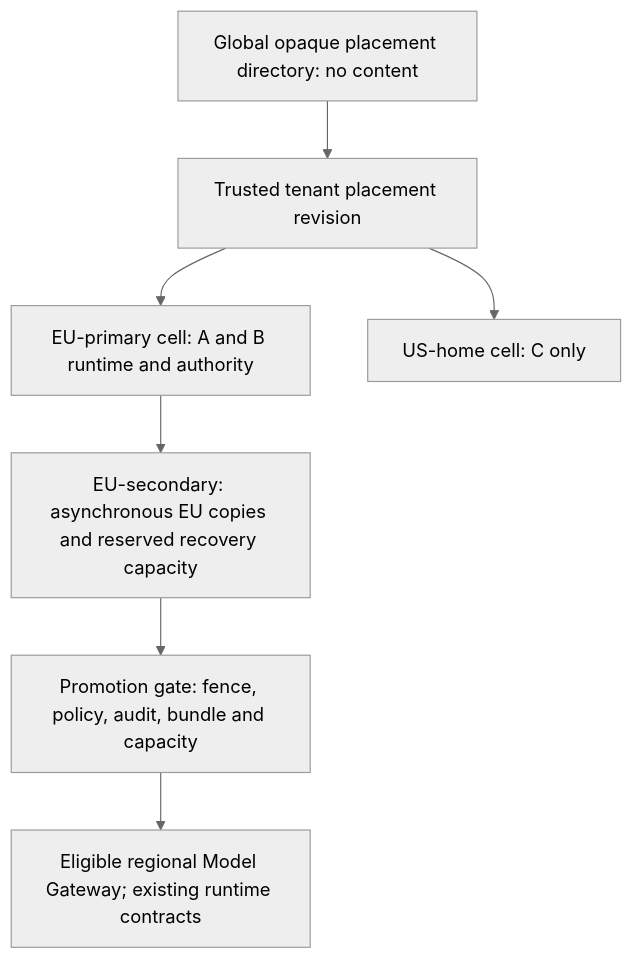
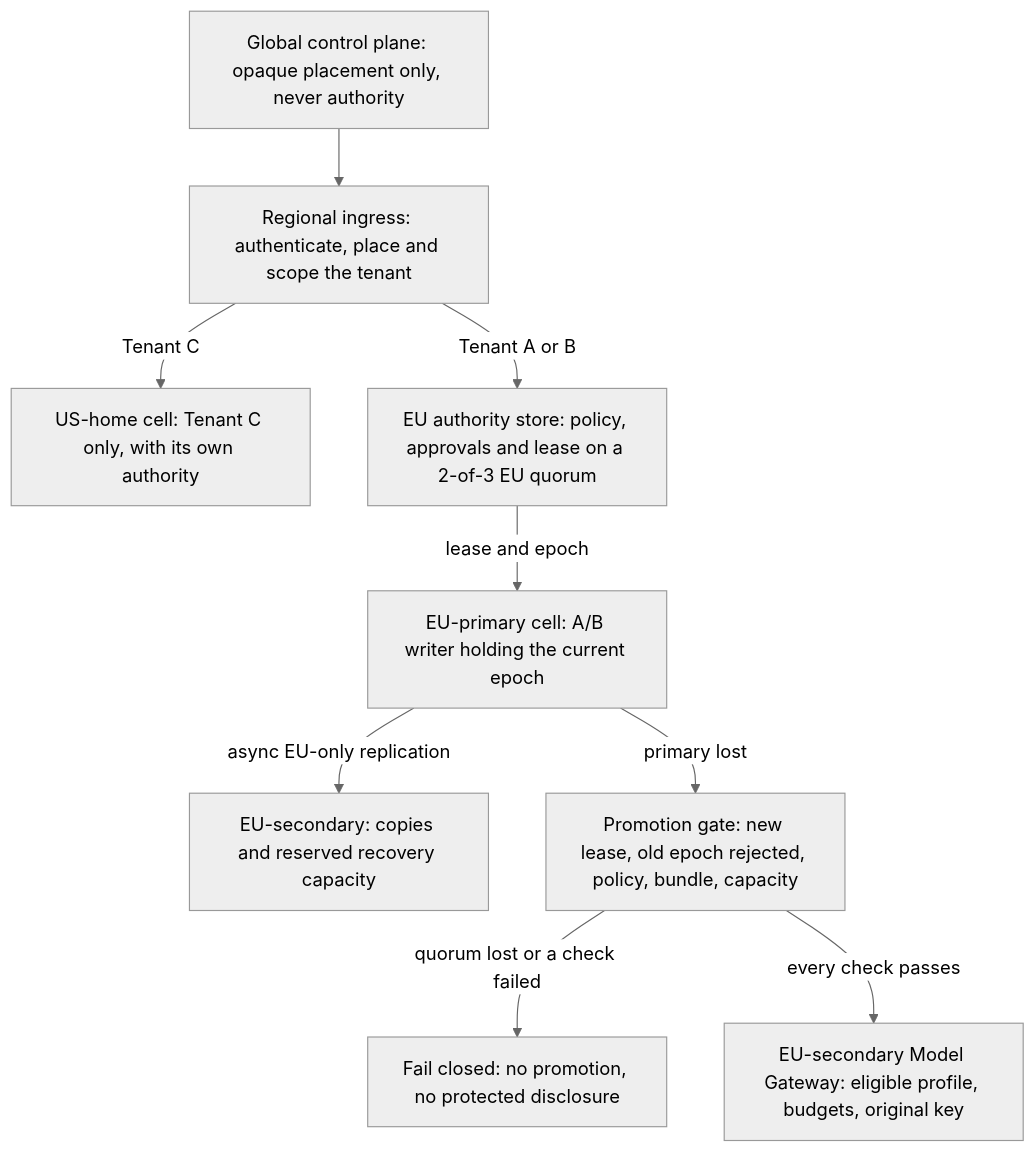
Before and after one commit to Sourav692/Forward-Deployed-Engineer-Interview-Prep: the second of 3 diagrams in 10_AI_System_Design/stages/11-multi-region/guide.md, drawn with Mermaid (neutral theme). The commit also changed other lines of this file and 32 other files, not shown here.

````diff
--- a/10_AI_System_Design/stages/11-multi-region/guide.md
+++ b/10_AI_System_Design/stages/11-multi-region/guide.md
@@ -72,9 +86,11 @@
 ```mermaid
 flowchart TD
- D[Global opaque placement directory: no content] --> P[Trusted tenant placement revision]
- P --> E[EU-primary cell: A and B runtime and authority]
- E --> S[EU-secondary: asynchronous EU copies and reserved recovery capacity]
- P --> U[US-home cell: C only]
- S --> G[Promotion gate: fence, policy, audit, bundle and capacity]
- G --> R[Eligible regional Model Gateway; existing runtime contracts]
+ D[Global control plane: opaque placement only, never authority] --> I[Regional ingress: authenticate, place and scope the tenant]
+ I -->|Tenant C| U[US-home cell: Tenant C only, with its own authority]
+ I -->|Tenant A or B| Q[EU authority store: policy, approvals and lease on a 2-of-3 EU quorum]
+ Q -->|lease and epoch| E[EU-primary cell: A/B writer holding the current epoch]
+ E -->|async EU-only replication| S[EU-secondary: copies and reserved recovery capacity]
+ E -->|primary lost| P[Promotion gate: new lease, old epoch rejected, policy, bundle, capacity]
+ P -->|quorum lost or a check failed| X[Fail closed: no promotion, no protected disclosure]
+ P -->|every check passes| G[EU-secondary Model Gateway: eligible profile, budgets, original key]
 ```
````
